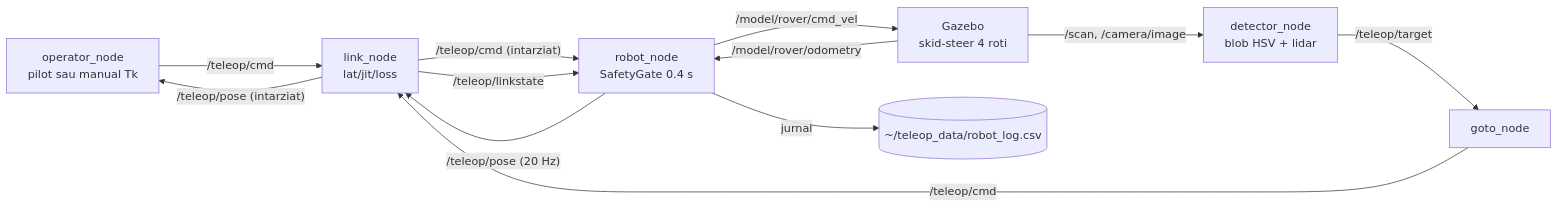
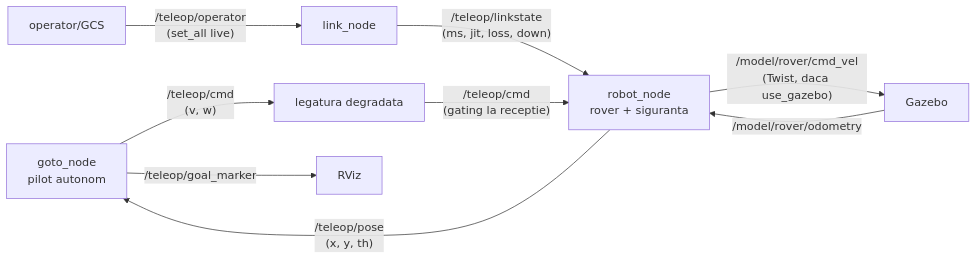
The diagram in teleop_rover/README.md (alexandru-tech-web/ROS2), drawn with Mermaid before and after one commit. The commit also changed other lines of this file and 39 other files, not shown here.

````diff
--- a/teleop_rover/README.md
+++ b/teleop_rover/README.md
@@ -19,14 +42,11 @@
 ```mermaid
 graph LR
-    OPN[operator_node<br/>pilot sau manual Tk] -- "/teleop/cmd" --> LN[link_node<br/>lat/jit/loss]
-    LN -- "/teleop/cmd (intarziat)" --> RN[robot_node<br/>SafetyGate 0.4 s]
-    LN -- "/teleop/linkstate" --> RN
-    RN -- "/teleop/pose (20 Hz)" --> LN
-    LN -- "/teleop/pose (intarziat)" --> OPN
-    RN -- "/model/rover/cmd_vel" --> GZ[Gazebo<br/>skid-steer 4 roti]
-    GZ -- "/model/rover/odometry" --> RN
-    GZ -- "/scan, /camera/image" --> DET[detector_node<br/>blob HSV + lidar]
-    DET -- "/teleop/target" --> GOTO[goto_node]
-    GOTO -- "/teleop/cmd" --> LN
-    RN -- jurnal --> F[(~/teleop_data/robot_log.csv)]
+    GOTO[goto_node<br/>pilot autonom] -- "/teleop/cmd<br/>(v, w)" --> LINK[legatura degradata]
+    LINK -- "/teleop/cmd<br/>(gating la receptie)" --> ROBOT[robot_node<br/>rover + siguranta]
+    LN[link_node] -- "/teleop/linkstate<br/>(ms, jit, loss, down)" --> ROBOT
+    ROBOT -- "/teleop/pose<br/>(x, y, th)" --> GOTO
+    GOTO -- "/teleop/goal_marker" --> RVIZ[RViz]
+    OP[operator/GCS] -- "/teleop/operator<br/>(set_all live)" --> LN
+    ROBOT -- "/model/rover/cmd_vel<br/>(Twist, daca use_gazebo)" --> GZ[Gazebo]
+    GZ -- "/model/rover/odometry" --> ROBOT
 ```
````
